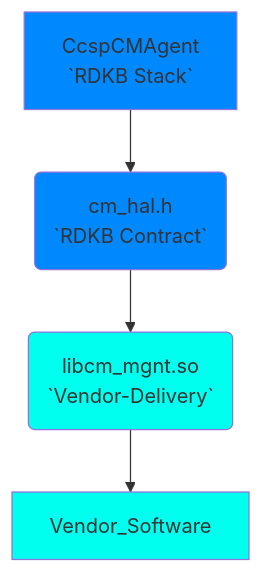
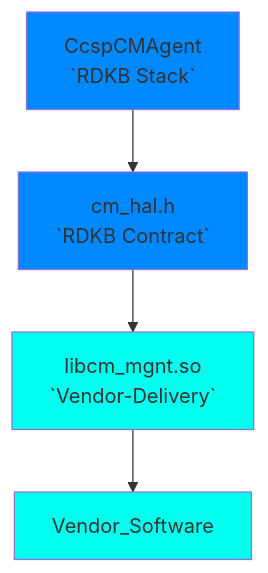
The first of 3 diagrams in docs/pages/CMhalSpec.md (rdkcentral/rdkb-halif-cm), drawn with Mermaid before and after one commit. The commit also changed other lines of this file, not shown here.

First line of the commit message:
Update Cable Modem HAL specification (#17)

````diff
--- a/docs/pages/CMhalSpec.md
+++ b/docs/pages/CMhalSpec.md
@@ -19,11 +81,11 @@
 ```mermaid
 
 flowchart   
-    stack["CcspCMAgent\n`RDKB Stack`"] --> cm_hal("cm_hal.h\n`RDKB Contract`");
-    cm_hal --> Vendor_Wrapper("libcm_mgnt.so\n`Vendor-Delivery`");
-    Vendor_Wrapper --> Vendor_Software;
+    stack["CcspCMAgent\n`RDKB Stack`"] --> contract["cm_hal.h\n`RDKB Contract`"];
+    contract --> vendor_library["libcm_mgnt.so\n`Vendor-Delivery`"];
+    vendor_library --> Vendor_Software;
     style stack fill:#0088ff;
-    style cm_hal fill:#0088ff;
-    style Vendor_Wrapper fill:#00ffee;
+    style contract fill:#0088ff;
+    style vendor_library fill:#00ffee;
     style Vendor_Software fill:#00ffee;
 ```
````
